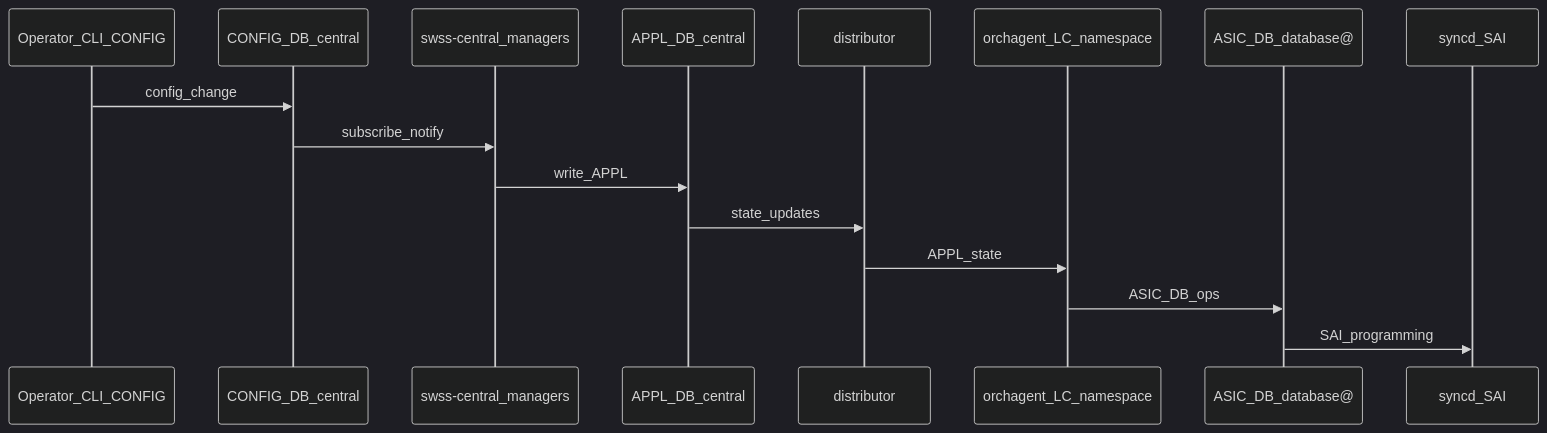
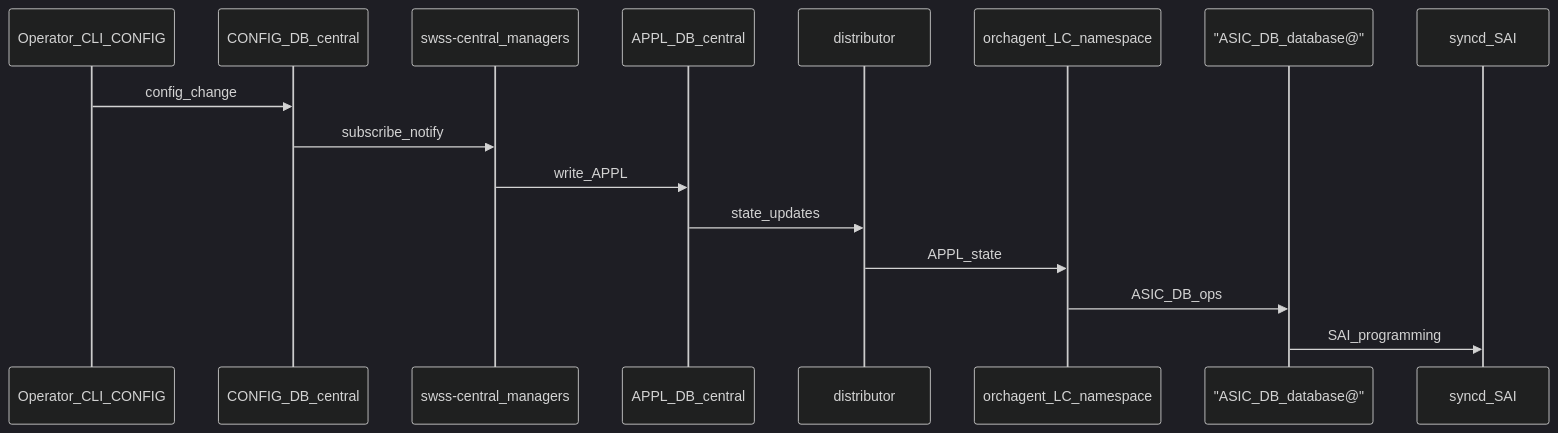
Before and after one commit to sonic-net/SONiC: the fourth of 4 diagrams in doc/centralized-chassis/voq_chassis_hld.md, drawn with Mermaid (dark theme). The commit also changed other lines of this file, not shown here.

````diff
--- a/doc/centralized-chassis/voq_chassis_hld.md
+++ b/doc/centralized-chassis/voq_chassis_hld.md
@@ -523,18 +524,18 @@
 ```mermaid
 sequenceDiagram
   participant Op as Operator_CLI_CONFIG
   participant CC as CONFIG_DB_central
   participant SC as swss-central_managers
   participant APPL as APPL_DB_central
   participant Dist as distributor
   participant Orch as orchagent_LC_namespace
-  participant ASIC as ASIC_DB_database@
+  participant ASIC as "ASIC_DB_database@"
   participant S as syncd_SAI
   Op->>CC: config_change
   CC->>SC: subscribe_notify
   SC->>APPL: write_APPL
   APPL->>Dist: state_updates
   Dist->>Orch: APPL_state
   Orch->>ASIC: ASIC_DB_ops
   ASIC->>S: SAI_programming
 ```
````
